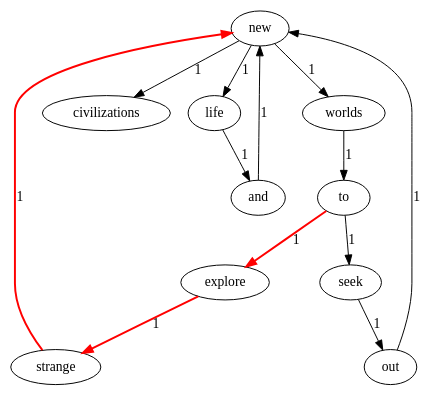
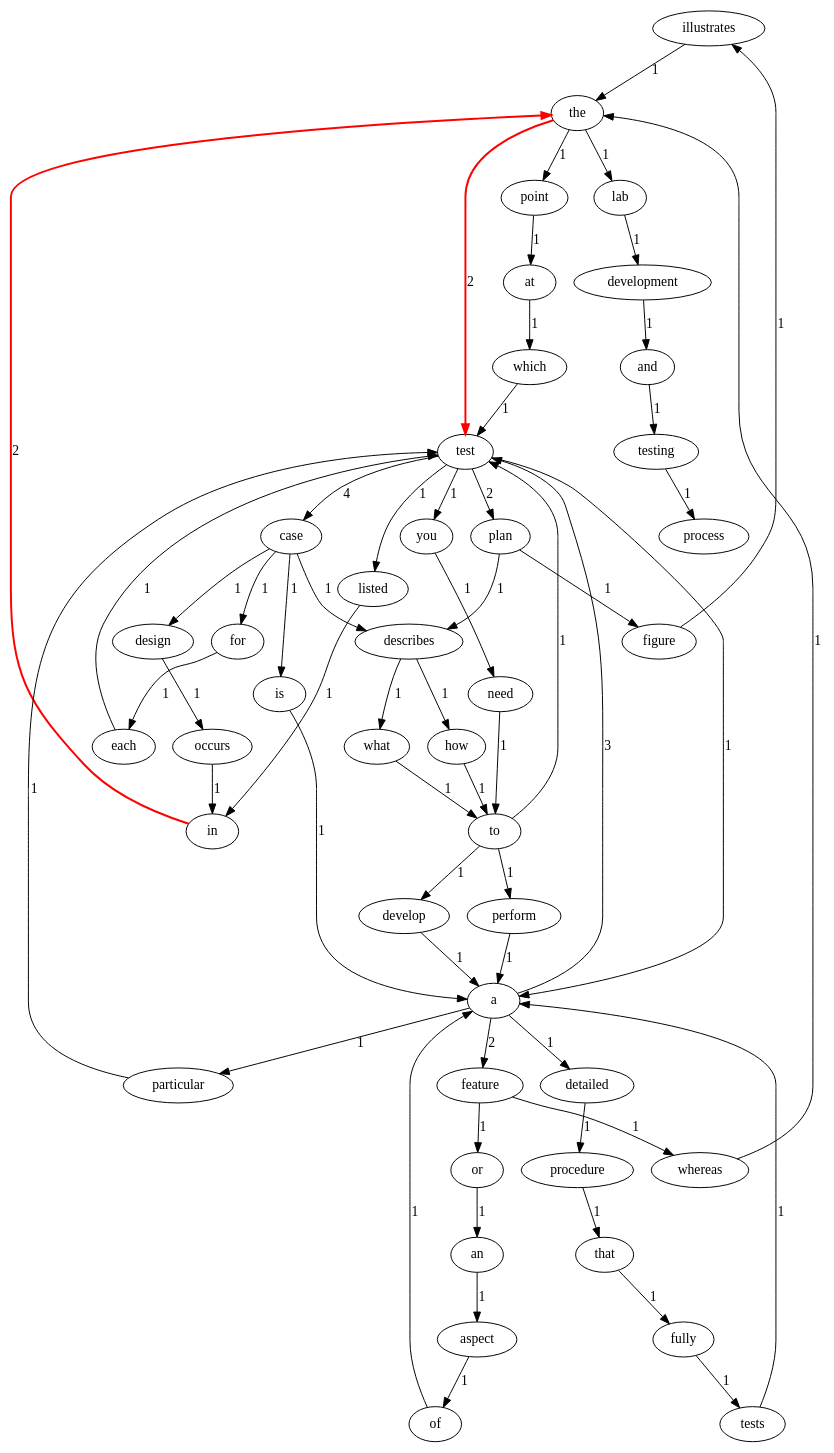
The diagram in src/shortest_path.dot (Lr1505/Software_engineering), drawn with Graphviz before and after one commit. The commit also changed 9 other files, not shown here.

```diff
--- a/src/shortest_path.dot
+++ b/src/shortest_path.dot
@@ -1,14 +1,60 @@
 digraph G {
-new -> worlds [label=1];
-new -> civilizations [label=1];
-new -> life [label=1];
-worlds -> to [label=1];
-explore -> strange [label=1, color=red, penwidth=2.0];
-and -> new [label=1];
-to -> explore [label=1, color=red, penwidth=2.0];
-to -> seek [label=1];
-seek -> out [label=1];
-strange -> new [label=1, color=red, penwidth=2.0];
-life -> and [label=1];
-out -> new [label=1];
+illustrates -> the [label=1];
+for -> each [label=1];
+occurs -> in [label=1];
+lab -> development [label=1];
+point -> at [label=1];
+that -> fully [label=1];
+how -> to [label=1];
+feature -> or [label=1];
+feature -> whereas [label=1];
+and -> testing [label=1];
+aspect -> of [label=1];
+of -> a [label=1];
+design -> occurs [label=1];
+whereas -> the [label=1];
+plan -> figure [label=1];
+plan -> describes [label=1];
+case -> design [label=1];
+case -> for [label=1];
+case -> is [label=1];
+case -> describes [label=1];
+fully -> tests [label=1];
+you -> need [label=1];
+which -> test [label=1];
+a -> test [label=3];
+a -> feature [label=2];
+a -> detailed [label=1];
+a -> particular [label=1];
+figure -> illustrates [label=1];
+development -> and [label=1];
+or -> an [label=1];
+test -> a [label=1];
+test -> listed [label=1];
+test -> plan [label=2];
+test -> case [label=4];
+test -> you [label=1];
+need -> to [label=1];
+in -> the [label=2, color=red, penwidth=2.0];
+testing -> process [label=1];
+perform -> a [label=1];
+is -> a [label=1];
+particular -> test [label=1];
+procedure -> that [label=1];
+develop -> a [label=1];
+an -> aspect [label=1];
+describes -> how [label=1];
+describes -> what [label=1];
+each -> test [label=1];
+the -> test [label=2, color=red, penwidth=2.0];
+the -> lab [label=1];
+the -> point [label=1];
+tests -> a [label=1];
+what -> to [label=1];
+at -> which [label=1];
+listed -> in [label=1];
+detailed -> procedure [label=1];
+to -> test [label=1];
+to -> perform [label=1];
+to -> develop [label=1];
 }
```
